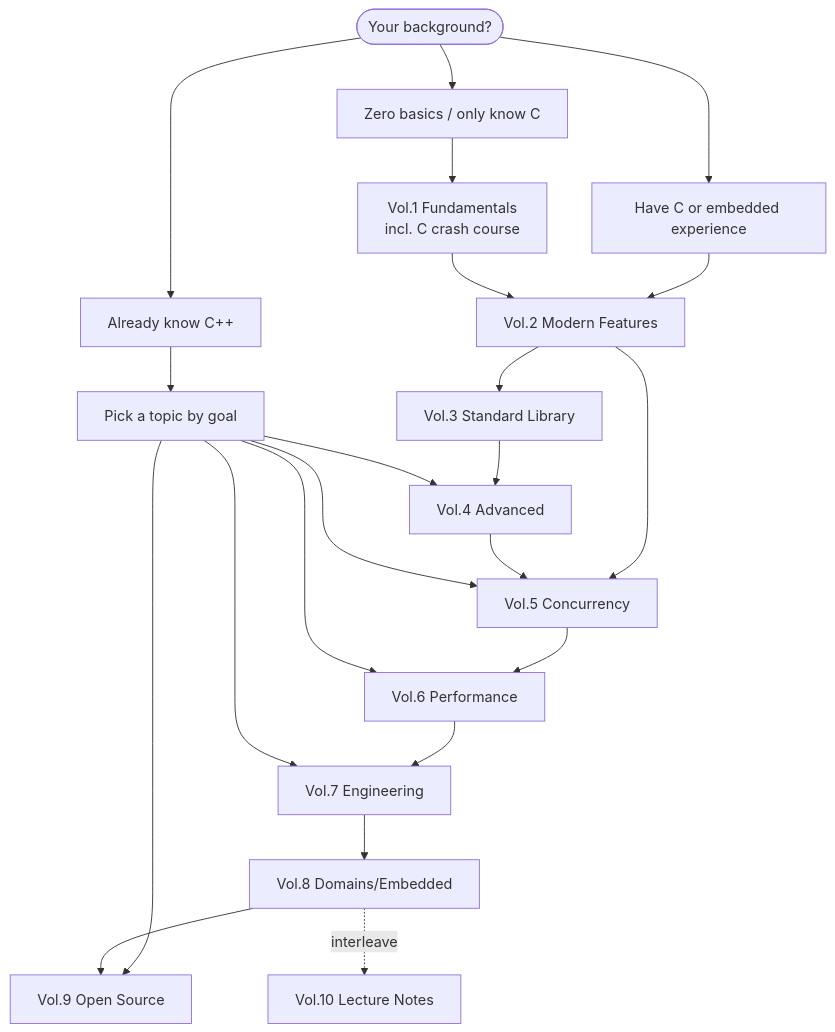
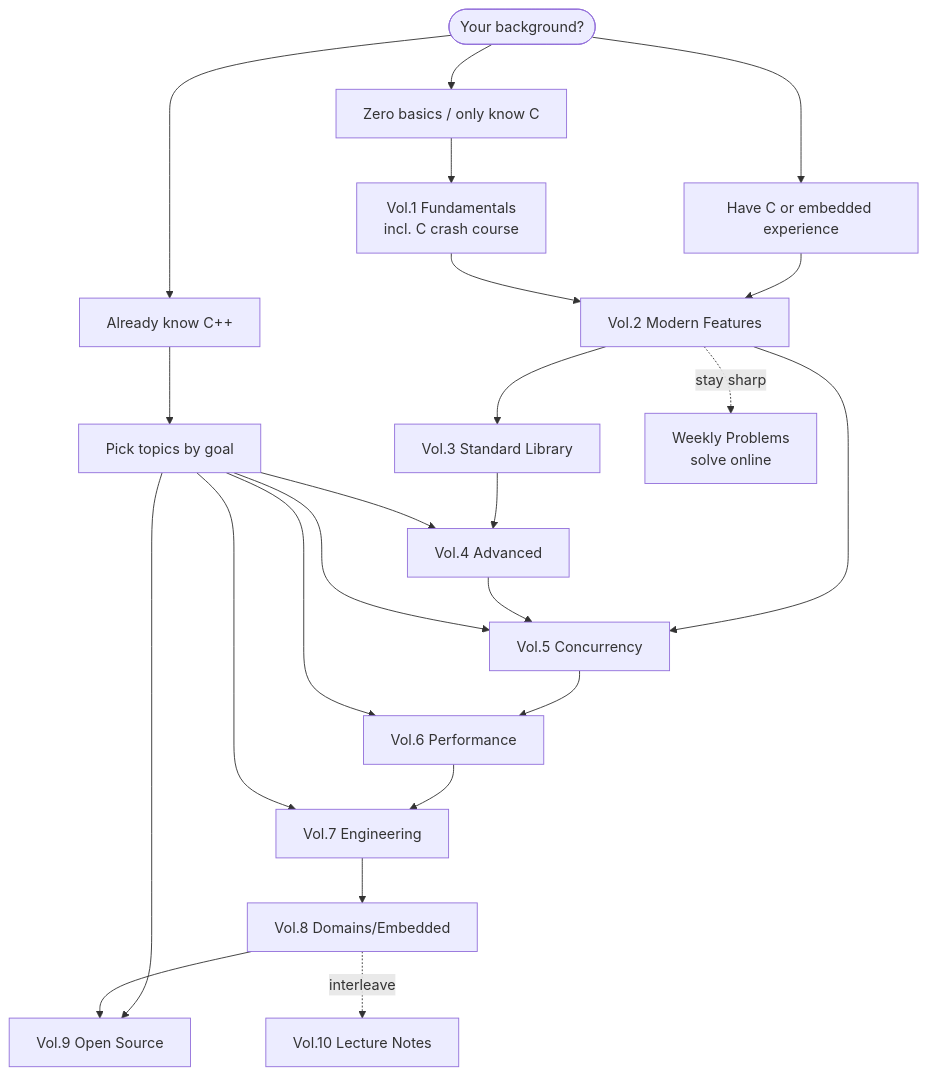
Before and after one commit to Awesome-Embedded-Learning-Studio/Tutorial_AwesomeModernCPP: the diagram in documents/en/roadmap/index.md, drawn with Mermaid. The commit also changed other lines of this file and 605 other files, not shown here.

````diff
--- a/documents/en/roadmap/index.md
+++ b/documents/en/roadmap/index.md
@@ -31,28 +37,29 @@
 ```mermaid
 flowchart TD
     Start(["Your background?"]) --> A["Zero basics / only know C"]
     Start --> B["Have C or embedded experience"]
     Start --> C["Already know C++"]
 
     A --> V1["Vol.1 Fundamentals<br/>incl. C crash course"]
     B --> V2["Vol.2 Modern Features"]
     V1 --> V2
 
     V2 --> V3["Vol.3 Standard Library"]
     V2 --> V5["Vol.5 Concurrency"]
     V3 --> V4["Vol.4 Advanced"]
     V4 --> V5
     V5 --> V6["Vol.6 Performance"]
     V6 --> V7["Vol.7 Engineering"]
     V7 --> V8["Vol.8 Domains/Embedded"]
 
-    C --> Goal["Pick a topic by goal"]
+    C --> Goal["Pick topics by goal"]
     Goal --> V4
     Goal --> V5
     Goal --> V6
     Goal --> V7
     Goal --> V9["Vol.9 Open Source"]
 
     V8 --> V9
     V8 -.interleave.-> V10["Vol.10 Lecture Notes"]
+    V2 -.stay sharp.-> WP["Weekly Problems<br/>solve online"]
 ```
````
